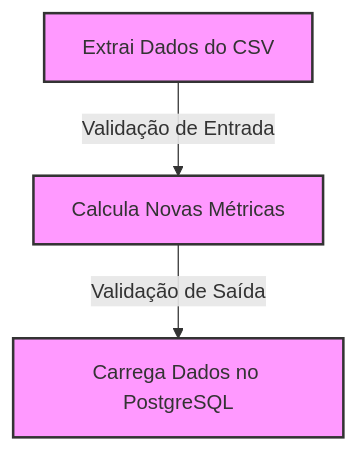
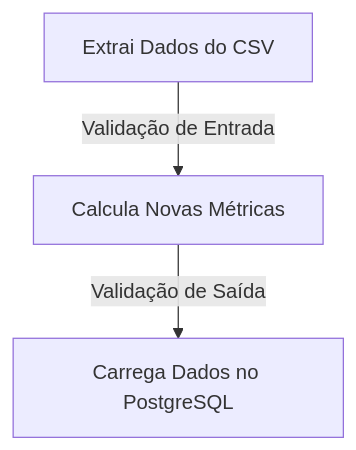
One commit to levyvix/pandera-template changed the diagram in README.md. Above: the diagram before and after it, drawn with Mermaid.

````diff
--- a/README.md
+++ b/README.md
@@ -7,9 +7,6 @@
 ```mermaid
 graph TD;
     A[Extrai Dados do CSV] -->|Validação de Entrada| B[Calcula Novas Métricas]
     B -->|Validação de Saída| C[Carrega Dados no PostgreSQL]
 
-    classDef stepStyle fill:#f9f,stroke:#333,stroke-width:2px;
-    class A,B,C stepStyle;
-
 ```
````
